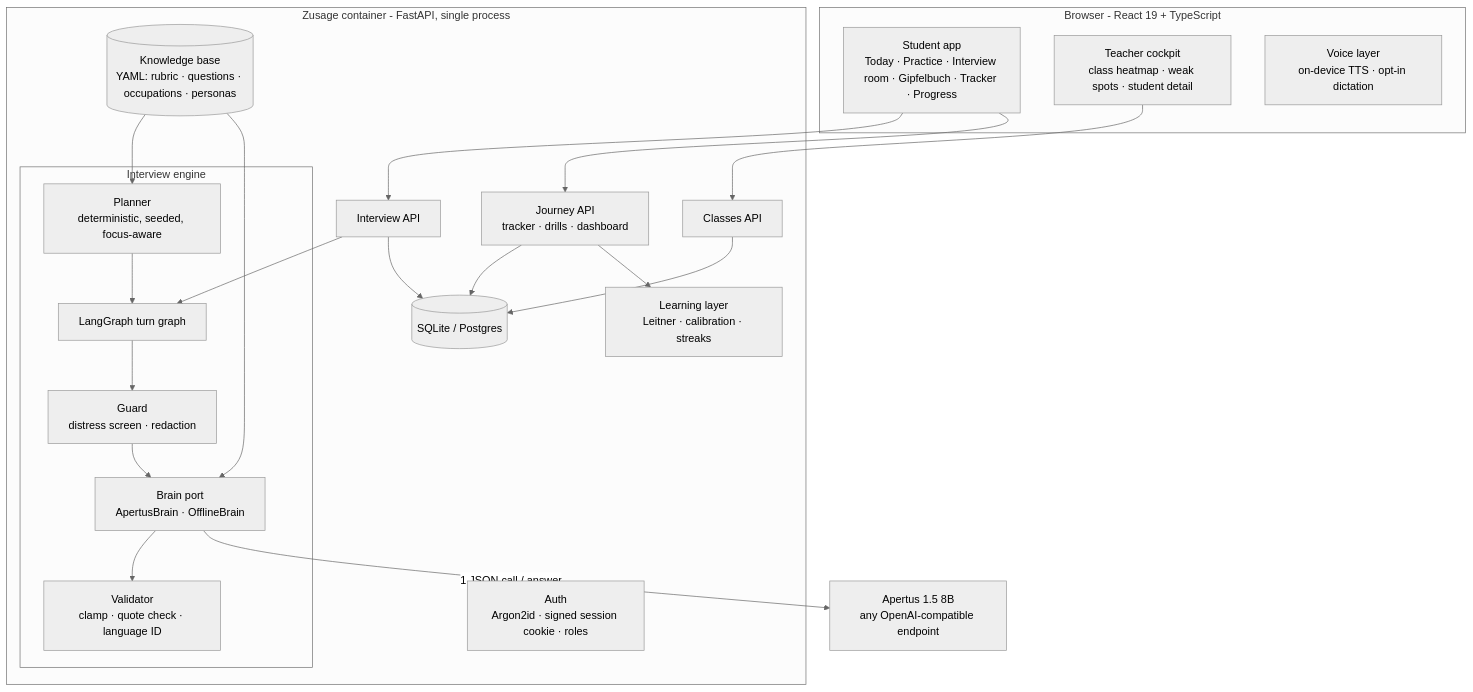
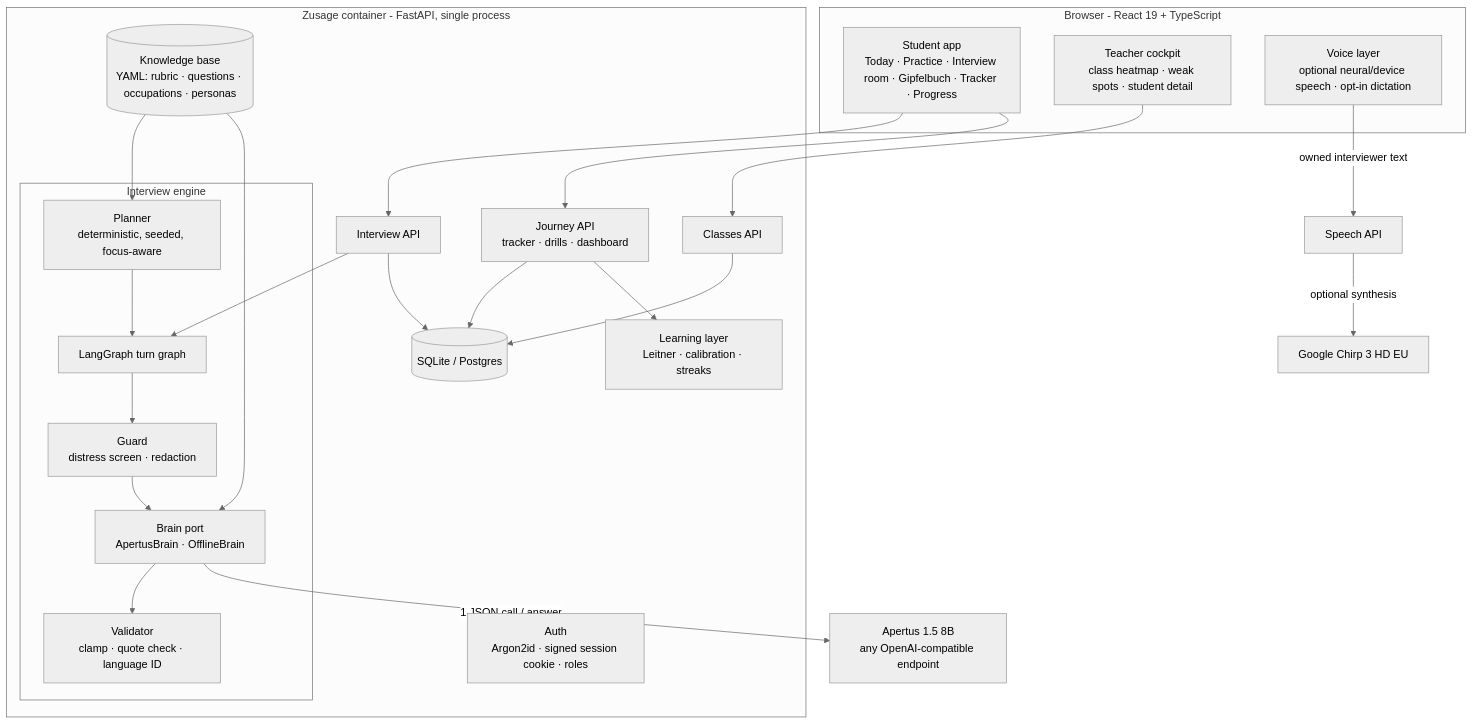
Before and after one commit to shi1720/zusage: the first of 2 diagrams in track_2a/docs/ARCHITECTURE.md, drawn with Mermaid (neutral theme). The commit also changed other lines of this file and 1 other file, not shown here.

Commit message:
Keep Docker environment forwarding portable and refresh architecture

````diff
--- a/track_2a/docs/ARCHITECTURE.md
+++ b/track_2a/docs/ARCHITECTURE.md
@@ -5,37 +5,39 @@
 ```mermaid
 flowchart TB
     subgraph browser [Browser - React 19 + TypeScript]
       UI[Student app<br/>Today · Practice · Interview room · Gipfelbuch · Tracker · Progress]
       TC[Teacher cockpit<br/>class heatmap · weak spots · student detail]
-      VOX[Voice layer<br/>on-device TTS · opt-in dictation]
+      VOX[Voice layer<br/>optional neural/device speech · opt-in dictation]
     end
 
     subgraph container [Zusage container - FastAPI, single process]
       AUTH[Auth<br/>Argon2id · signed session cookie · roles]
       IVAPI[Interview API]
       JOUR[Journey API<br/>tracker · drills · dashboard]
       CLS[Classes API]
       subgraph engine [Interview engine]
         PLAN[Planner<br/>deterministic, seeded, focus-aware]
         GUARD[Guard<br/>distress screen · redaction]
         TG[LangGraph turn graph]
         BRAIN[Brain port<br/>ApertusBrain · OfflineBrain]
         VAL[Validator<br/>clamp · quote check · language ID]
       end
       LEARN[Learning layer<br/>Leitner · calibration · streaks]
       KB[(Knowledge base<br/>YAML: rubric · questions · occupations · personas)]
       DB[(SQLite / Postgres)]
     end
 
     LLM[Apertus 1.5 8B<br/>any OpenAI-compatible endpoint]
 
+    VOX -->|owned interviewer text| SPEECH[Speech API]
+    SPEECH -->|optional synthesis| GOOGLE[Google Chirp 3 HD EU]
     UI --> IVAPI & JOUR
     TC --> CLS
     IVAPI --> TG
     TG --> GUARD --> BRAIN --> VAL
     PLAN --> TG
     KB --> PLAN & BRAIN
     BRAIN -->|1 JSON call / answer| LLM
     IVAPI & JOUR & CLS --> DB
     JOUR --> LEARN
 ```
````
